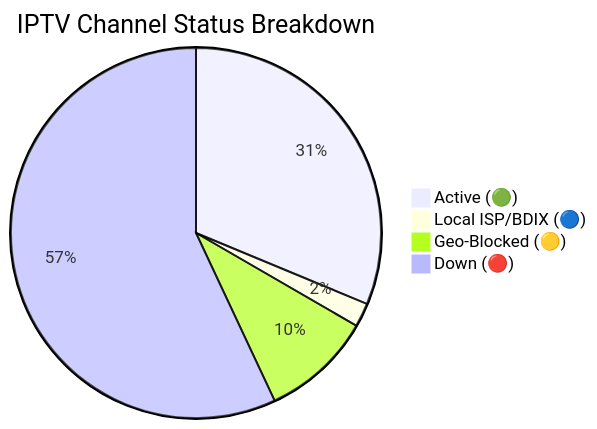
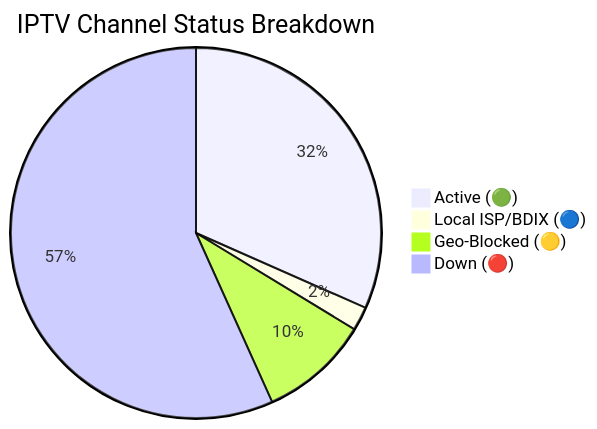
The diagram in README.md (andreataylord/Ip-tv-Collection), drawn with Mermaid before and after one commit. The commit also changed other lines of this file and 1 other file, not shown here.

Commit message:
docs(readme): auto-update daily channel status chart

````diff
--- a/README.md
+++ b/README.md
@@ -59,7 +59,7 @@
 ```mermaid
 pie title IPTV Channel Status Breakdown
-    "Active (🟢)" : 2324
+    "Active (🟢)" : 2350
     "Local ISP/BDIX (🔵)" : 155
-    "Geo-Blocked (🟡)" : 719
-    "Down (🔴)" : 4236
+    "Geo-Blocked (🟡)" : 711
+    "Down (🔴)" : 4218
 ```
````
